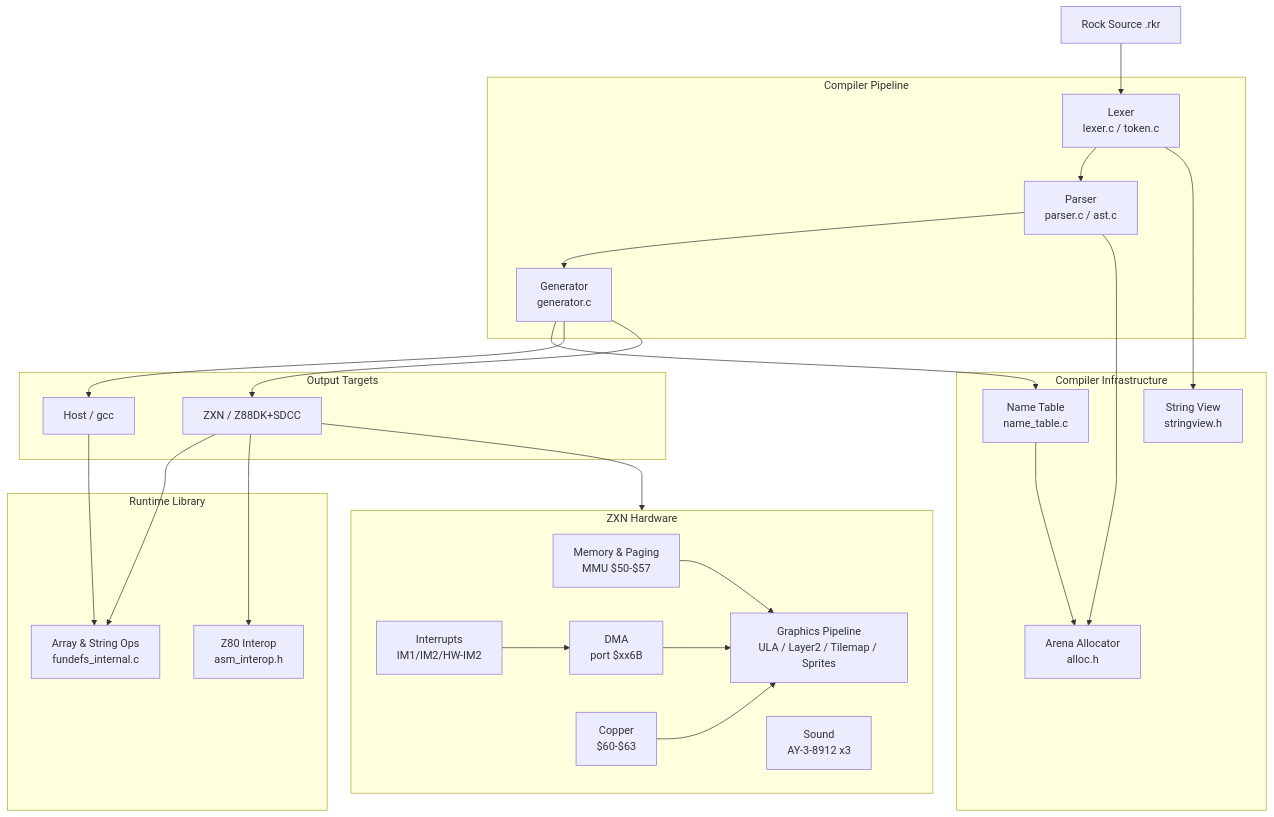
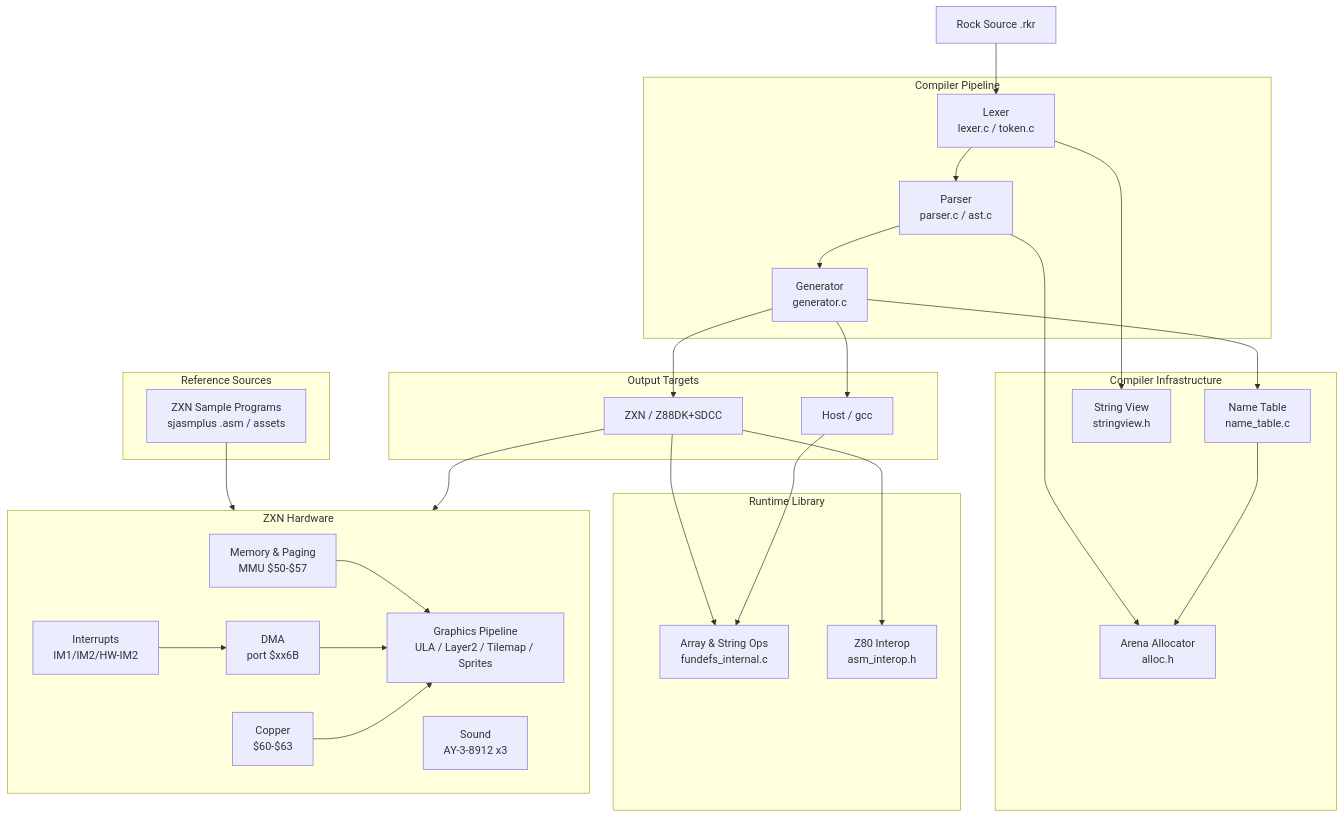
One commit to blater/rocklang changed the diagram in wikiroot/pages/domain-model.md. Above: the diagram before and after it, drawn with Mermaid. The commit also changed other lines of this file and 15 other files, not shown here.

````diff
--- a/wikiroot/pages/domain-model.md
+++ b/wikiroot/pages/domain-model.md
@@ -14,51 +14,56 @@
 ```mermaid
 graph TD
     subgraph Compiler["Compiler Pipeline"]
         LEX[Lexer\nlexer.c / token.c]
         PAR[Parser\nparser.c / ast.c]
         GEN[Generator\ngenerator.c]
     end
 
     subgraph Infrastructure["Compiler Infrastructure"]
         NT[Name Table\nname_table.c]
         ALLOC[Arena Allocator\nalloc.h]
         SV[String View\nstringview.h]
     end
 
     subgraph Runtime["Runtime Library"]
         FUND[Array & String Ops\nfundefs_internal.c]
         ASM[Z80 Interop\nasm_interop.h]
     end
 
     subgraph Targets["Output Targets"]
         HOST[Host / gcc]
         ZXN[ZXN / Z88DK+SDCC]
     end
 
     subgraph ZXNHardware["ZXN Hardware"]
         MEM[Memory & Paging\nMMU $50-$57]
         GFX[Graphics Pipeline\nULA / Layer2 / Tilemap / Sprites]
         DMA[DMA\nport $xx6B]
         COP[Copper\n$60-$63]
         SND[Sound\nAY-3-8912 x3]
         INT[Interrupts\nIM1/IM2/HW-IM2]
     end
 
+    subgraph References["Reference Sources"]
+        SAMP[ZXN Sample Programs\nsjasmplus .asm / assets]
+    end
+
     SRC[Rock Source .rkr] --> LEX
     LEX --> PAR
     PAR --> GEN
     GEN --> NT
     GEN --> HOST
     GEN --> ZXN
     NT --> ALLOC
     LEX --> SV
     PAR --> ALLOC
     HOST --> FUND
     ZXN --> FUND
     ZXN --> ASM
     ZXN --> ZXNHardware
+    SAMP --> ZXNHardware
     MEM --> GFX
     DMA --> GFX
     COP --> GFX
     INT --> DMA
 ```
````
